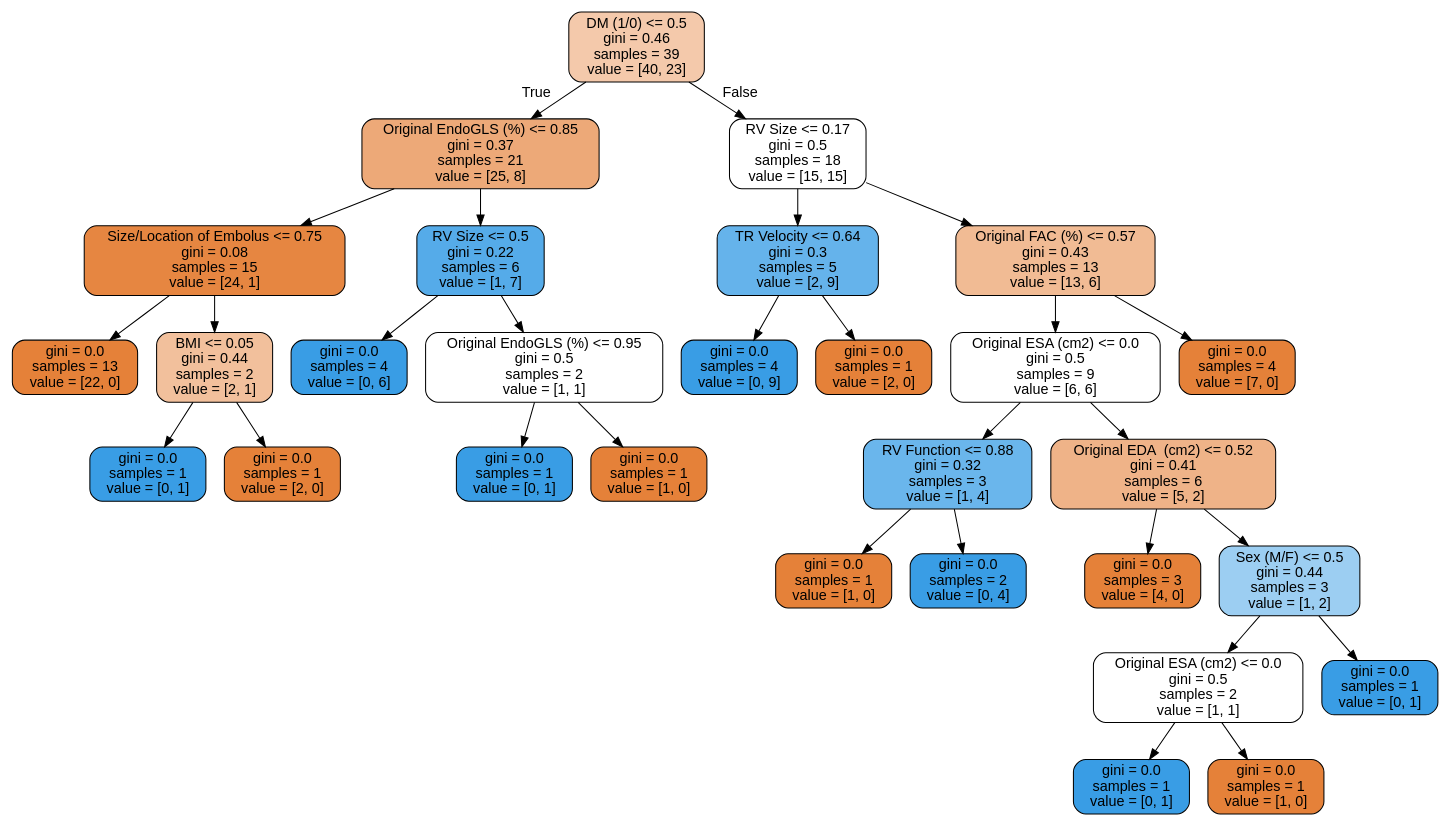
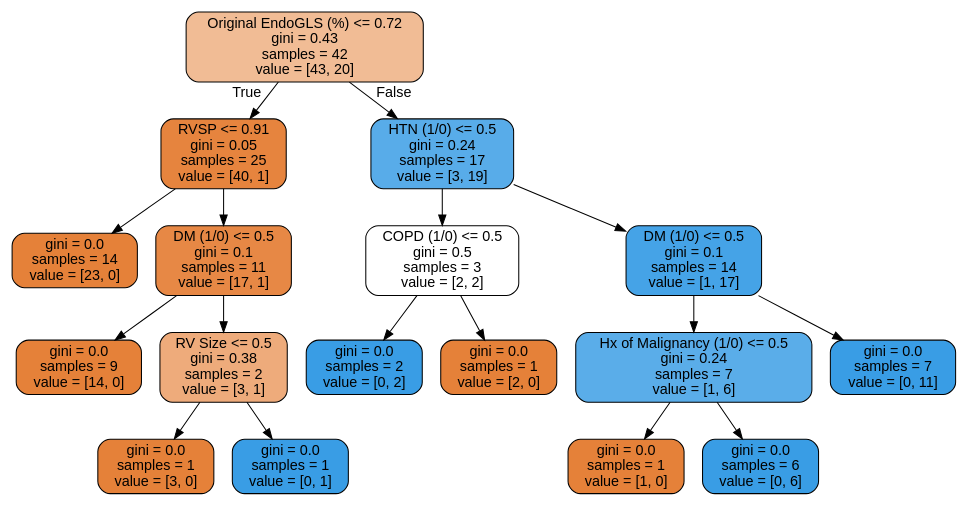
One commit to nitro41992/strain-analysis-pe-immortality changed the diagram in tree.dot. Above: the diagram before and after it, drawn with Graphviz. The commit also changed 3 other files, not shown here.

```diff
--- a/tree.dot
+++ b/tree.dot
@@ -1,61 +1,37 @@
 digraph Tree {
 node [shape=box, style="filled, rounded", color="black", fontname=helvetica] ;
 edge [fontname=helvetica] ;
-0 [label="DM (1/0) <= 0.5\ngini = 0.46\nsamples = 39\nvalue = [40, 23]", fillcolor="#f4c9ab"] ;
-1 [label="Original EndoGLS (%) <= 0.85\ngini = 0.37\nsamples = 21\nvalue = [25, 8]", fillcolor="#eda978"] ;
+0 [label="Original EndoGLS (%) <= 0.72\ngini = 0.43\nsamples = 42\nvalue = [43, 20]", fillcolor="#f1bc95"] ;
+1 [label="RVSP <= 0.91\ngini = 0.05\nsamples = 25\nvalue = [40, 1]", fillcolor="#e6843e"] ;
 0 -> 1 [labeldistance=2.5, labelangle=45, headlabel="True"] ;
-2 [label="Size/Location of Embolus <= 0.75\ngini = 0.08\nsamples = 15\nvalue = [24, 1]", fillcolor="#e68641"] ;
+2 [label="gini = 0.0\nsamples = 14\nvalue = [23, 0]", fillcolor="#e58139"] ;
 1 -> 2 ;
-3 [label="gini = 0.0\nsamples = 13\nvalue = [22, 0]", fillcolor="#e58139"] ;
-2 -> 3 ;
-4 [label="BMI <= 0.05\ngini = 0.44\nsamples = 2\nvalue = [2, 1]", fillcolor="#f2c09c"] ;
-2 -> 4 ;
-5 [label="gini = 0.0\nsamples = 1\nvalue = [0, 1]", fillcolor="#399de5"] ;
-4 -> 5 ;
-6 [label="gini = 0.0\nsamples = 1\nvalue = [2, 0]", fillcolor="#e58139"] ;
-4 -> 6 ;
-7 [label="RV Size <= 0.5\ngini = 0.22\nsamples = 6\nvalue = [1, 7]", fillcolor="#55abe9"] ;
-1 -> 7 ;
-8 [label="gini = 0.0\nsamples = 4\nvalue = [0, 6]", fillcolor="#399de5"] ;
-7 -> 8 ;
-9 [label="Original EndoGLS (%) <= 0.95\ngini = 0.5\nsamples = 2\nvalue = [1, 1]", fillcolor="#ffffff"] ;
-7 -> 9 ;
-10 [label="gini = 0.0\nsamples = 1\nvalue = [0, 1]", fillcolor="#399de5"] ;
+3 [label="DM (1/0) <= 0.5\ngini = 0.1\nsamples = 11\nvalue = [17, 1]", fillcolor="#e78845"] ;
+1 -> 3 ;
+4 [label="gini = 0.0\nsamples = 9\nvalue = [14, 0]", fillcolor="#e58139"] ;
+3 -> 4 ;
+5 [label="RV Size <= 0.5\ngini = 0.38\nsamples = 2\nvalue = [3, 1]", fillcolor="#eeab7b"] ;
+3 -> 5 ;
+6 [label="gini = 0.0\nsamples = 1\nvalue = [3, 0]", fillcolor="#e58139"] ;
+5 -> 6 ;
+7 [label="gini = 0.0\nsamples = 1\nvalue = [0, 1]", fillcolor="#399de5"] ;
+5 -> 7 ;
+8 [label="HTN (1/0) <= 0.5\ngini = 0.24\nsamples = 17\nvalue = [3, 19]", fillcolor="#58ace9"] ;
+0 -> 8 [labeldistance=2.5, labelangle=-45, headlabel="False"] ;
+9 [label="COPD (1/0) <= 0.5\ngini = 0.5\nsamples = 3\nvalue = [2, 2]", fillcolor="#ffffff"] ;
+8 -> 9 ;
+10 [label="gini = 0.0\nsamples = 2\nvalue = [0, 2]", fillcolor="#399de5"] ;
 9 -> 10 ;
-11 [label="gini = 0.0\nsamples = 1\nvalue = [1, 0]", fillcolor="#e58139"] ;
+11 [label="gini = 0.0\nsamples = 1\nvalue = [2, 0]", fillcolor="#e58139"] ;
 9 -> 11 ;
-12 [label="RV Size <= 0.17\ngini = 0.5\nsamples = 18\nvalue = [15, 15]", fillcolor="#ffffff"] ;
-0 -> 12 [labeldistance=2.5, labelangle=-45, headlabel="False"] ;
-13 [label="TR Velocity <= 0.64\ngini = 0.3\nsamples = 5\nvalue = [2, 9]", fillcolor="#65b3eb"] ;
+12 [label="DM (1/0) <= 0.5\ngini = 0.1\nsamples = 14\nvalue = [1, 17]", fillcolor="#45a3e7"] ;
+8 -> 12 ;
+13 [label="Hx of Malignancy (1/0) <= 0.5\ngini = 0.24\nsamples = 7\nvalue = [1, 6]", fillcolor="#5aade9"] ;
 12 -> 13 ;
-14 [label="gini = 0.0\nsamples = 4\nvalue = [0, 9]", fillcolor="#399de5"] ;
+14 [label="gini = 0.0\nsamples = 1\nvalue = [1, 0]", fillcolor="#e58139"] ;
 13 -> 14 ;
-15 [label="gini = 0.0\nsamples = 1\nvalue = [2, 0]", fillcolor="#e58139"] ;
+15 [label="gini = 0.0\nsamples = 6\nvalue = [0, 6]", fillcolor="#399de5"] ;
 13 -> 15 ;
-16 [label="Original FAC (%) <= 0.57\ngini = 0.43\nsamples = 13\nvalue = [13, 6]", fillcolor="#f1bb94"] ;
+16 [label="gini = 0.0\nsamples = 7\nvalue = [0, 11]", fillcolor="#399de5"] ;
 12 -> 16 ;
-17 [label="Original ESA (cm2) <= 0.0\ngini = 0.5\nsamples = 9\nvalue = [6, 6]", fillcolor="#ffffff"] ;
-16 -> 17 ;
-18 [label="RV Function <= 0.88\ngini = 0.32\nsamples = 3\nvalue = [1, 4]", fillcolor="#6ab6ec"] ;
-17 -> 18 ;
-19 [label="gini = 0.0\nsamples = 1\nvalue = [1, 0]", fillcolor="#e58139"] ;
-18 -> 19 ;
-20 [label="gini = 0.0\nsamples = 2\nvalue = [0, 4]", fillcolor="#399de5"] ;
-18 -> 20 ;
-21 [label="Original EDA  (cm2) <= 0.52\ngini = 0.41\nsamples = 6\nvalue = [5, 2]", fillcolor="#efb388"] ;
-17 -> 21 ;
-22 [label="gini = 0.0\nsamples = 3\nvalue = [4, 0]", fillcolor="#e58139"] ;
-21 -> 22 ;
-23 [label="Sex (M/F) <= 0.5\ngini = 0.44\nsamples = 3\nvalue = [1, 2]", fillcolor="#9ccef2"] ;
-21 -> 23 ;
-24 [label="Original ESA (cm2) <= 0.0\ngini = 0.5\nsamples = 2\nvalue = [1, 1]", fillcolor="#ffffff"] ;
-23 -> 24 ;
-25 [label="gini = 0.0\nsamples = 1\nvalue = [0, 1]", fillcolor="#399de5"] ;
-24 -> 25 ;
-26 [label="gini = 0.0\nsamples = 1\nvalue = [1, 0]", fillcolor="#e58139"] ;
-24 -> 26 ;
-27 [label="gini = 0.0\nsamples = 1\nvalue = [0, 1]", fillcolor="#399de5"] ;
-23 -> 27 ;
-28 [label="gini = 0.0\nsamples = 4\nvalue = [7, 0]", fillcolor="#e58139"] ;
-16 -> 28 ;
 }
```
